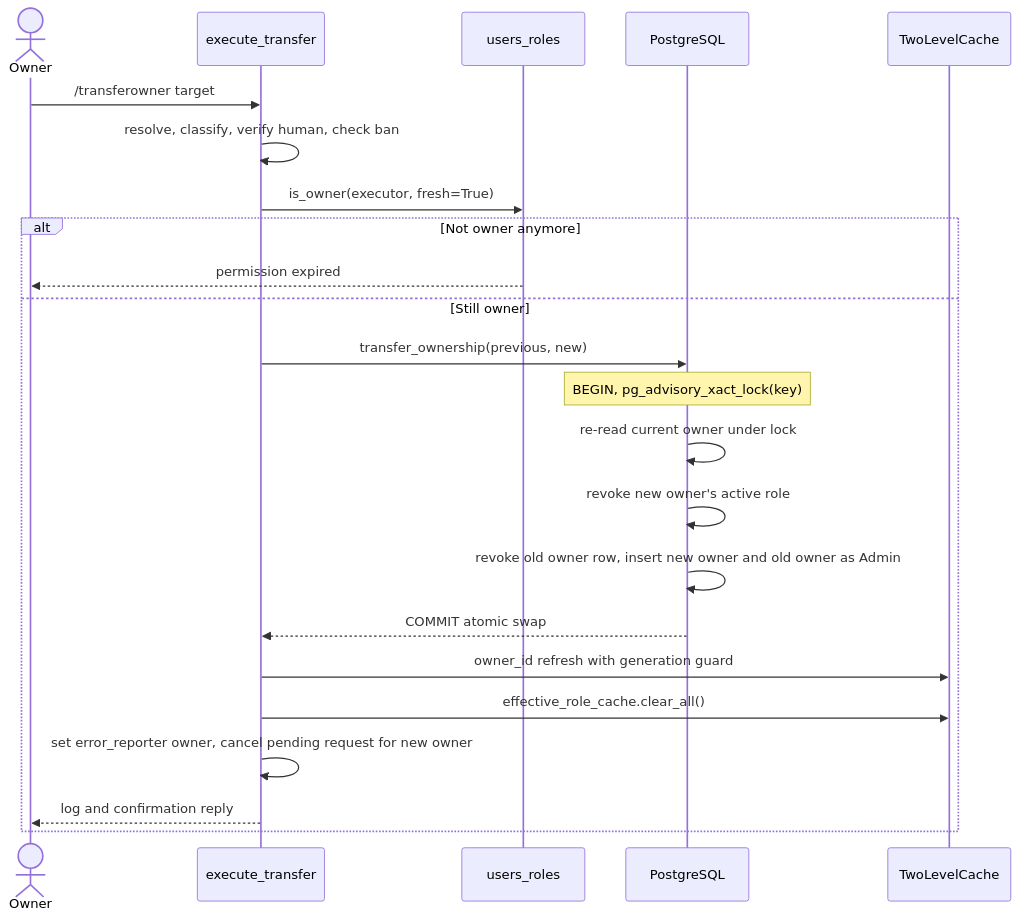
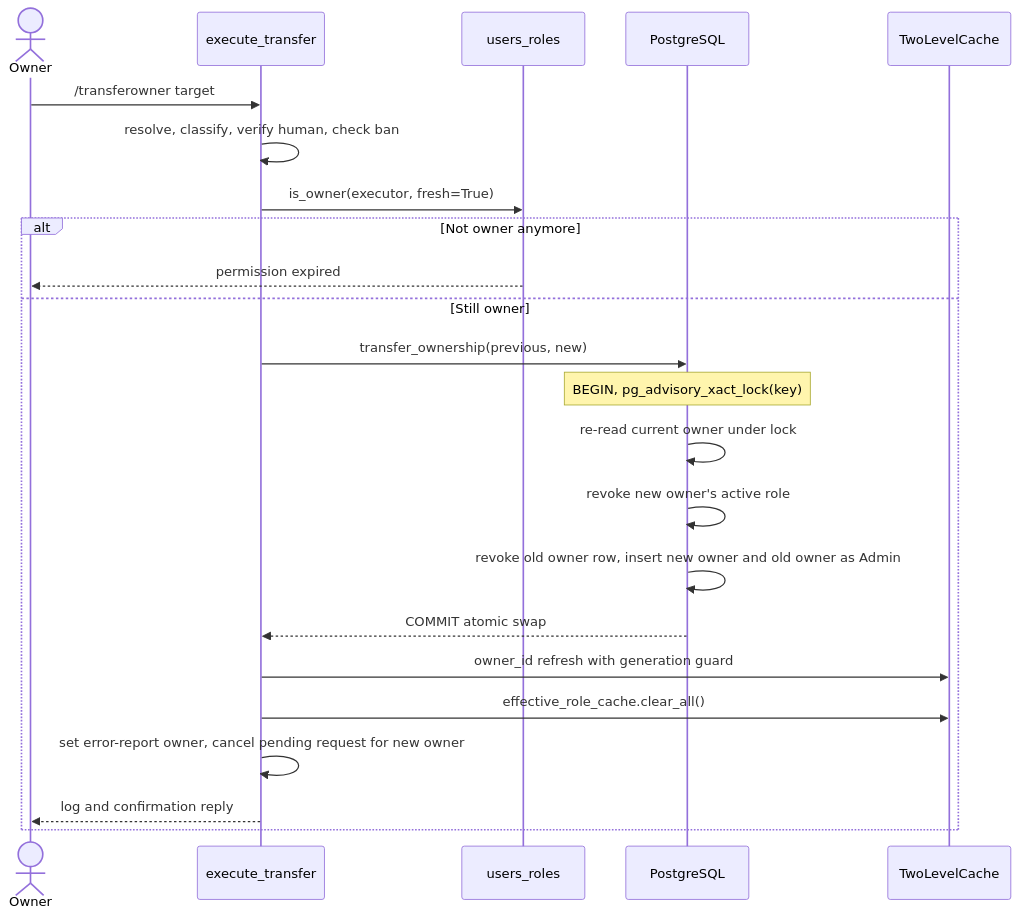
One commit to D1ZZY4/tcbot changed the second of 2 diagrams in docs/flows/roles.md. Above: the diagram before and after it, drawn with Mermaid. The commit also changed 24 other files, not shown here.

````diff
--- a/docs/flows/roles.md
+++ b/docs/flows/roles.md
@@ -172,25 +172,25 @@
 ```mermaid
 sequenceDiagram
     actor Owner
     participant Flow as execute_transfer
     participant Roles as users_roles
     participant DB as PostgreSQL
     participant Cache as TwoLevelCache
     Owner->>Flow: /transferowner target
     Flow->>Flow: resolve, classify, verify human, check ban
     Flow->>Roles: is_owner(executor, fresh=True)
     alt Not owner anymore
         Roles-->>Owner: permission expired
     else Still owner
         Flow->>DB: transfer_ownership(previous, new)
         Note over DB: BEGIN, pg_advisory_xact_lock(key)
         DB->>DB: re-read current owner under lock
         DB->>DB: revoke new owner's active role
         DB->>DB: revoke old owner row, insert new owner and old owner as Admin
         DB-->>Flow: COMMIT atomic swap
         Flow->>Cache: owner_id refresh with generation guard
         Flow->>Cache: effective_role_cache.clear_all()
-        Flow->>Flow: set error_reporter owner, cancel pending request for new owner
+        Flow->>Flow: set error-report owner, cancel pending request for new owner
         Flow-->>Owner: log and confirmation reply
     end
 ```
````
